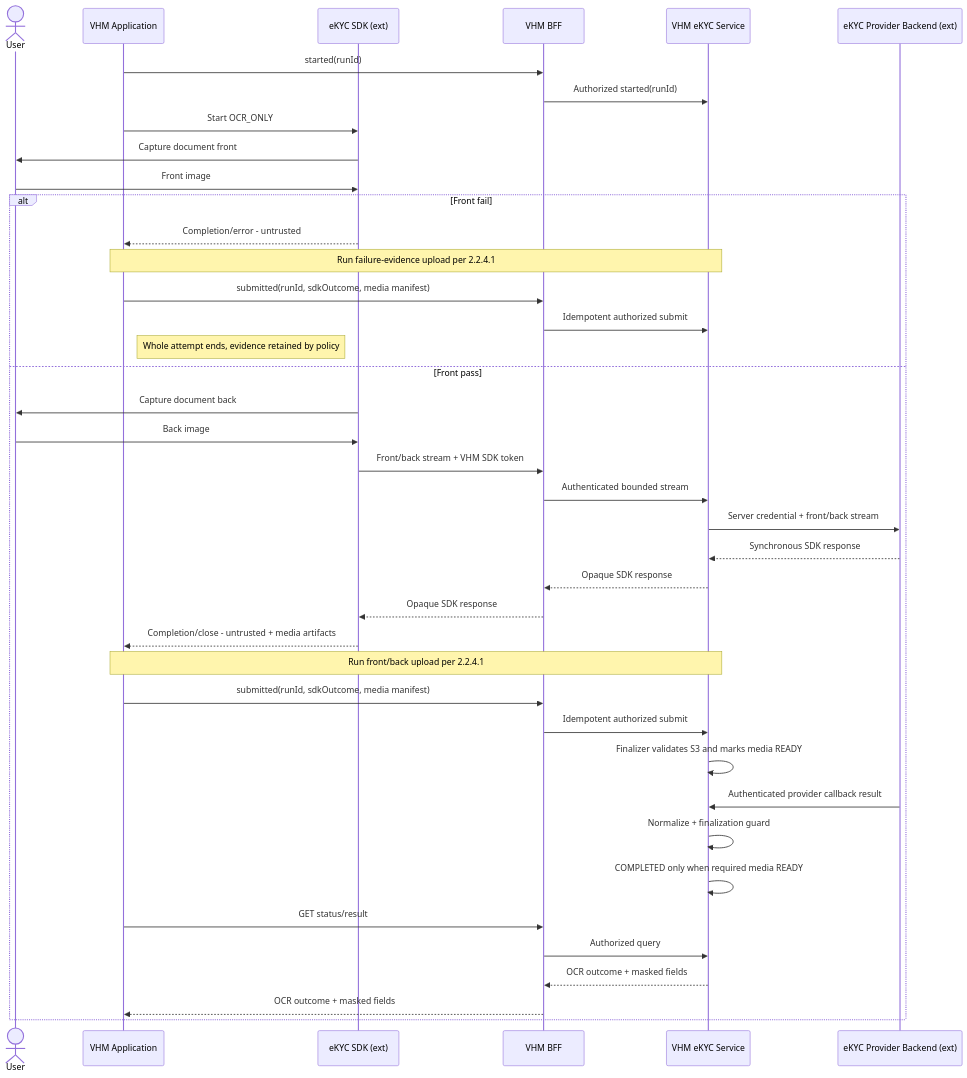
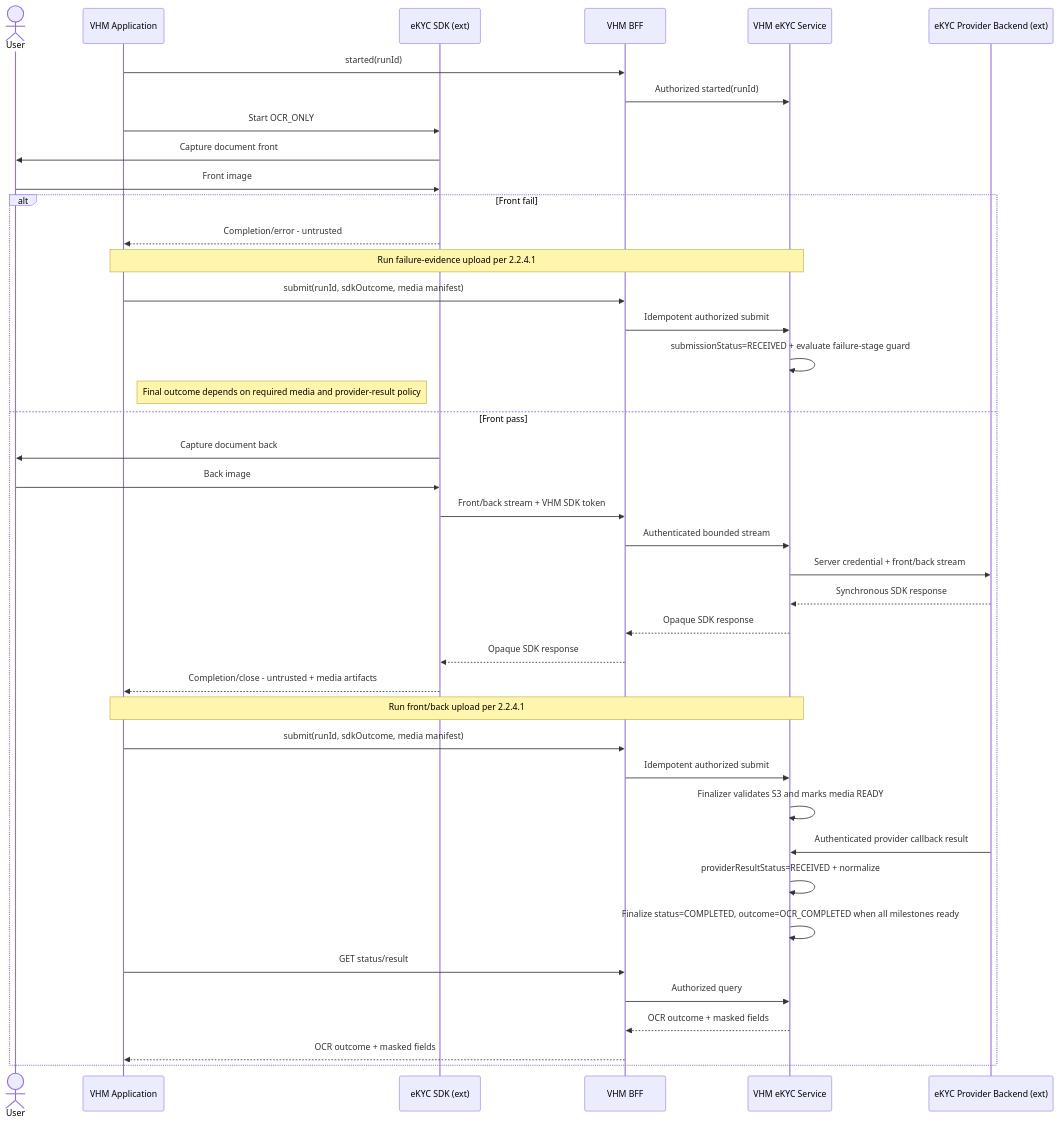
One commit to huynv-xyz/vhm changed diagram 12 of 19 in tdd2.md. Above: the diagram before and after it, drawn with Mermaid. The commit also changed other lines of this file, not shown here.

````diff
--- a/tdd2.md
+++ b/tdd2.md
@@ -1161,42 +1151,43 @@
 ```mermaid
 sequenceDiagram
     actor User
     participant APP as VHM Application
     participant SDK as eKYC SDK (ext)
     participant BFF as VHM BFF
     participant EKYC_SERVICE as VHM eKYC Service
     participant BACKEND as eKYC Provider Backend (ext)
     APP->>BFF: started(runId)
     BFF->>EKYC_SERVICE: Authorized started(runId)
     APP->>SDK: Start OCR_ONLY
     SDK->>User: Capture document front
     User->>SDK: Front image
     alt Front fail
         SDK-->>APP: Completion/error - untrusted
         Note over APP,EKYC_SERVICE: Run failure-evidence upload per 2.2.4.1
-        APP->>BFF: submitted(runId, sdkOutcome, media manifest)
+        APP->>BFF: submit(runId, sdkOutcome, media manifest)
         BFF->>EKYC_SERVICE: Idempotent authorized submit
-        Note right of APP: Whole attempt ends, evidence retained by policy
+        EKYC_SERVICE->>EKYC_SERVICE: submissionStatus=RECEIVED + evaluate failure-stage guard
+        Note right of APP: Final outcome depends on required media and provider-result policy
     else Front pass
         SDK->>User: Capture document back
         User->>SDK: Back image
         SDK->>BFF: Front/back stream + VHM SDK token
         BFF->>EKYC_SERVICE: Authenticated bounded stream
         EKYC_SERVICE->>BACKEND: Server credential + front/back stream
         BACKEND-->>EKYC_SERVICE: Synchronous SDK response
         EKYC_SERVICE-->>BFF: Opaque SDK response
         BFF-->>SDK: Opaque SDK response
         SDK-->>APP: Completion/close - untrusted + media artifacts
         Note over APP,EKYC_SERVICE: Run front/back upload per 2.2.4.1
-        APP->>BFF: submitted(runId, sdkOutcome, media manifest)
+        APP->>BFF: submit(runId, sdkOutcome, media manifest)
         BFF->>EKYC_SERVICE: Idempotent authorized submit
         EKYC_SERVICE->>EKYC_SERVICE: Finalizer validates S3 and marks media READY
         BACKEND->>EKYC_SERVICE: Authenticated provider callback result
-        EKYC_SERVICE->>EKYC_SERVICE: Normalize + finalization guard
-        EKYC_SERVICE->>EKYC_SERVICE: COMPLETED only when required media READY
+        EKYC_SERVICE->>EKYC_SERVICE: providerResultStatus=RECEIVED + normalize
+        EKYC_SERVICE->>EKYC_SERVICE: Finalize status=COMPLETED, outcome=OCR_COMPLETED when all milestones ready
         APP->>BFF: GET status/result
         BFF->>EKYC_SERVICE: Authorized query
         EKYC_SERVICE-->>BFF: OCR outcome + masked fields
         BFF-->>APP: OCR outcome + masked fields
     end
 ```
````
